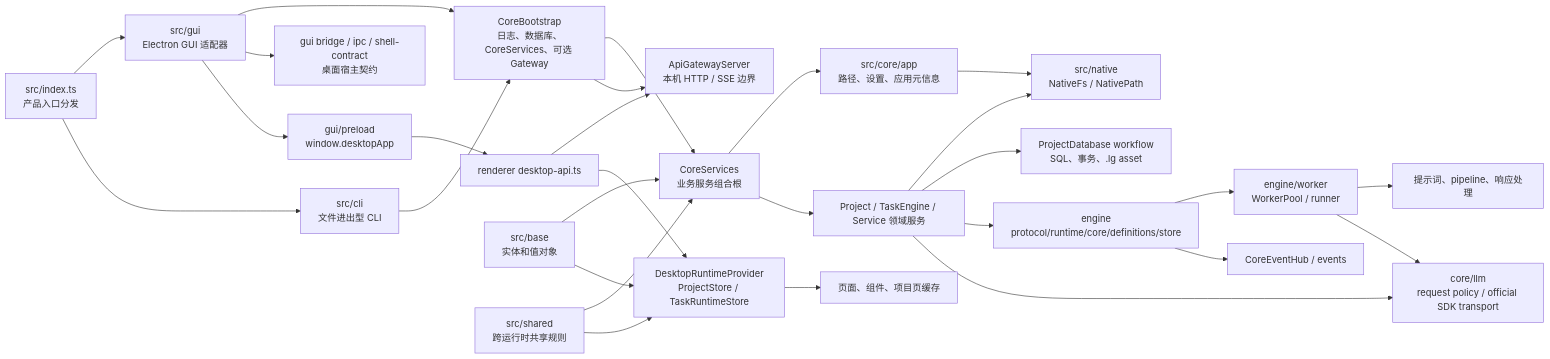
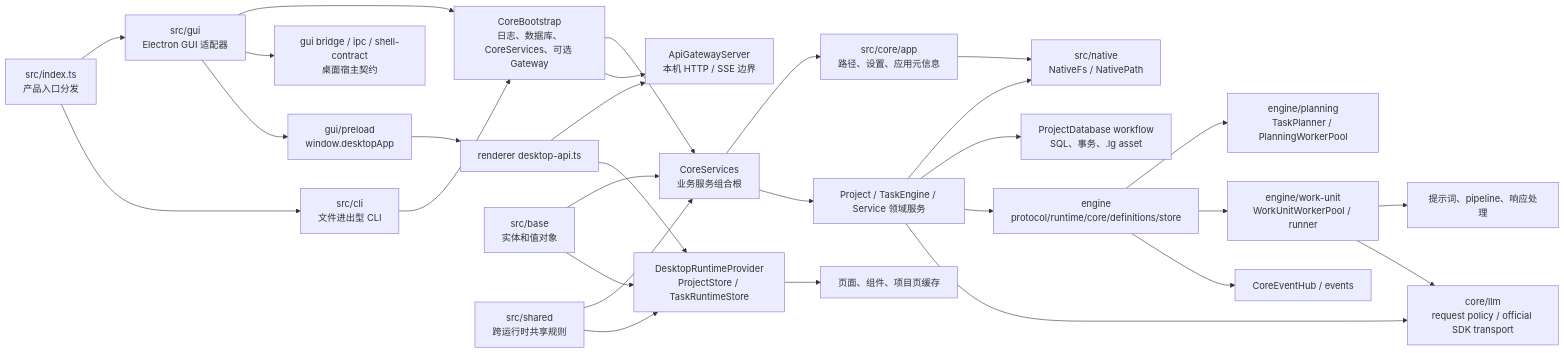
The first of 4 diagrams in docs/ARCHITECTURE.md (neavo/LinguaGacha), drawn with Mermaid before and after one commit. The commit also changed other lines of this file and 88 other files, not shown here.

Commit message:
feat(engine): 拆分任务规划与 work unit 执行 #587

````diff
--- a/docs/ARCHITECTURE.md
+++ b/docs/ARCHITECTURE.md
@@ -17,30 +17,31 @@
 ```mermaid
 flowchart LR
   Entry["src/index.ts<br/>产品入口分发"] --> GUI["src/gui<br/>Electron GUI 适配器"]
   Entry --> CLI["src/cli<br/>文件进出型 CLI"]
   GUI --> Boot["CoreBootstrap<br/>日志、数据库、CoreServices、可选 Gateway"]
   CLI --> Boot
   Boot --> Services["CoreServices<br/>业务服务组合根"]
   Boot --> API["ApiGatewayServer<br/>本机 HTTP / SSE 边界"]
   GUI --> Bridge["gui bridge / ipc / shell-contract<br/>桌面宿主契约"]
   GUI --> Preload["gui/preload<br/>window.desktopApp"]
   Preload --> RendererApi["renderer desktop-api.ts"]
   RendererApi --> API
   RendererApi --> Store["DesktopRuntimeProvider<br/>ProjectStore / TaskRuntimeStore"]
   Store --> Pages["页面、组件、项目页缓存"]
   Base["src/base<br/>实体和值对象"] --> Services
   Base --> Store
   Shared["src/shared<br/>跨运行时共享规则"] --> Services
   Shared --> Store
   Services --> App["src/core/app<br/>路径、设置、应用元信息"]
   Services --> Project["Project / TaskEngine / Service 领域服务"]
   Project --> Platform["src/native<br/>NativeFs / NativePath"]
   App --> Platform
   Project --> DB["ProjectDatabase workflow<br/>SQL、事务、.lg asset"]
   Project --> Engine["engine<br/>protocol/runtime/core/definitions/store"]
   Project --> LLM["core/llm<br/>request policy / official SDK transport"]
-  Engine --> Worker["engine/worker<br/>WorkerPool / runner"]
+  Engine --> Planner["engine/planning<br/>TaskPlanner / PlanningWorkerPool"]
+  Engine --> Worker["engine/work-unit<br/>WorkUnitWorkerPool / runner"]
   Worker --> Pipeline["提示词、pipeline、响应处理"]
   Worker --> LLM
   Engine --> Events["CoreEventHub / events"]
 ```
````
